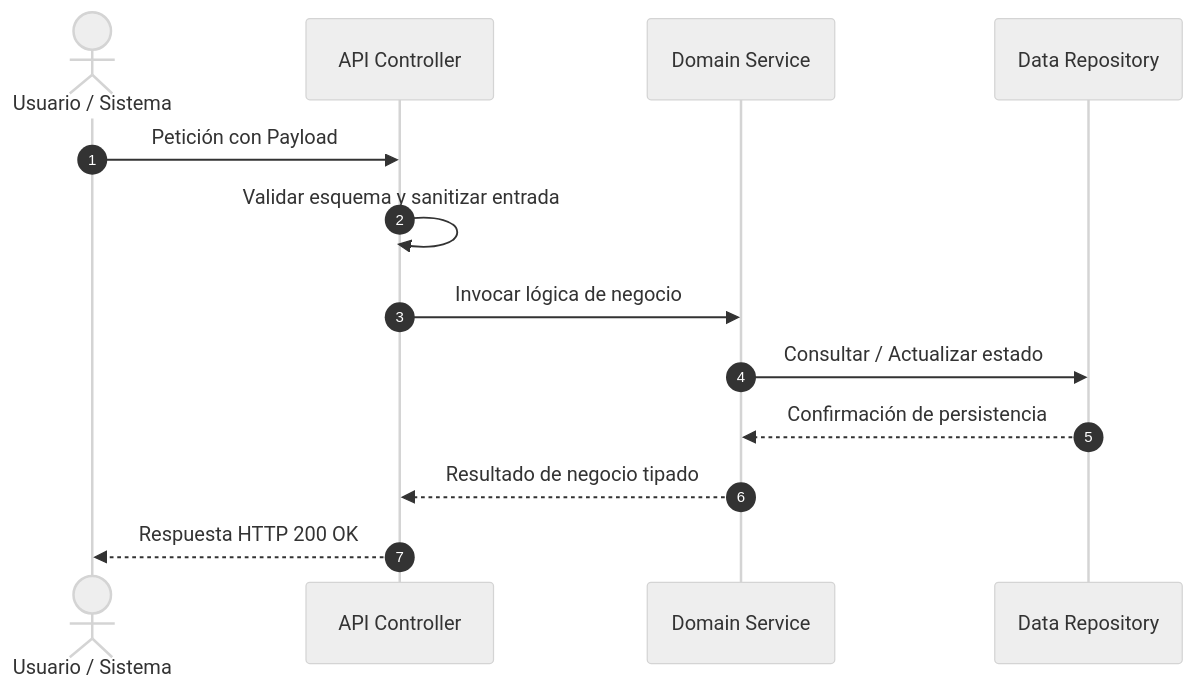
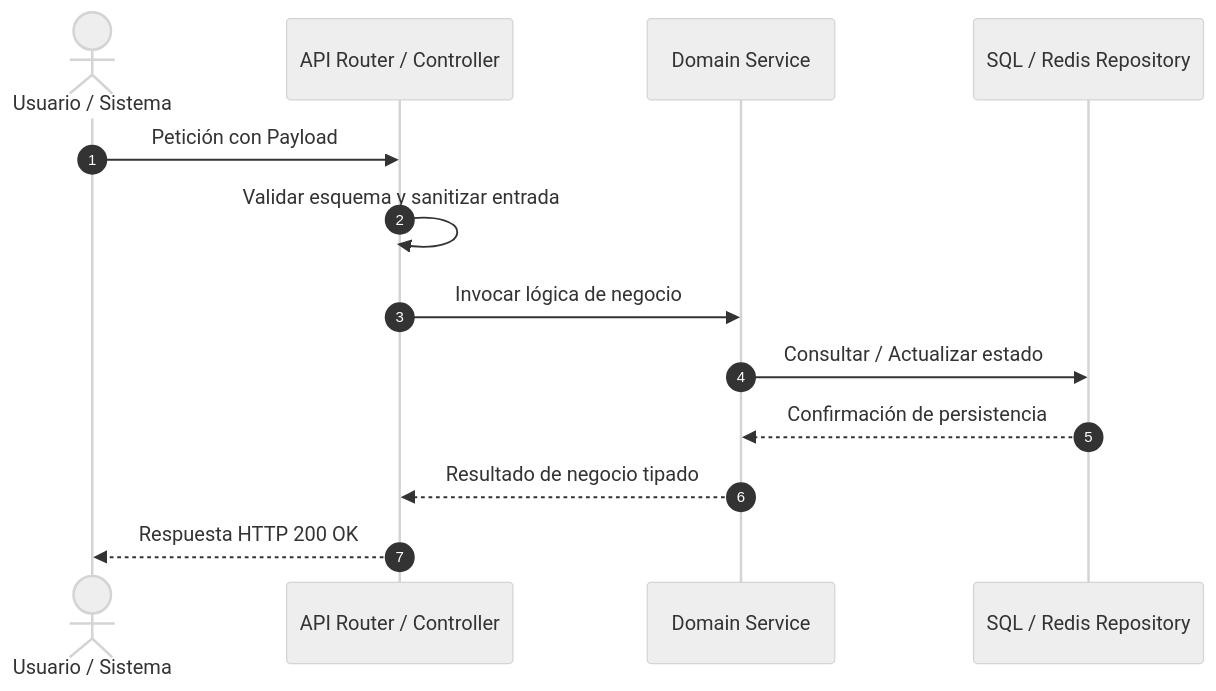
The second of 2 diagrams in .github/skills/sdlc-automation/templates/diseño.md (statico-statico/test_skill_to_auto_sdlc), drawn with Mermaid (neutral theme) before and after one commit. The commit also changed other lines of this file and 16 other files, not shown here.

````diff
--- a/.github/skills/sdlc-automation/templates/diseño.md
+++ b/.github/skills/sdlc-automation/templates/diseño.md
@@ -134,16 +163,16 @@
 ```mermaid
 sequenceDiagram
     autonumber
     actor Cliente as Usuario / Sistema
-    participant Router as API Controller
+    participant Router as API Router / Controller
     participant Service as Domain Service
-    participant Repo as Data Repository
+    participant Repo as SQL / Redis Repository
 
     Cliente->>Router: Petición con Payload
     Router->>Router: Validar esquema y sanitizar entrada
     Router->>Service: Invocar lógica de negocio
     Service->>Repo: Consultar / Actualizar estado
     Repo-->>Service: Confirmación de persistencia
     Service-->>Router: Resultado de negocio tipado
     Router-->>Cliente: Respuesta HTTP 200 OK
 ```
````
